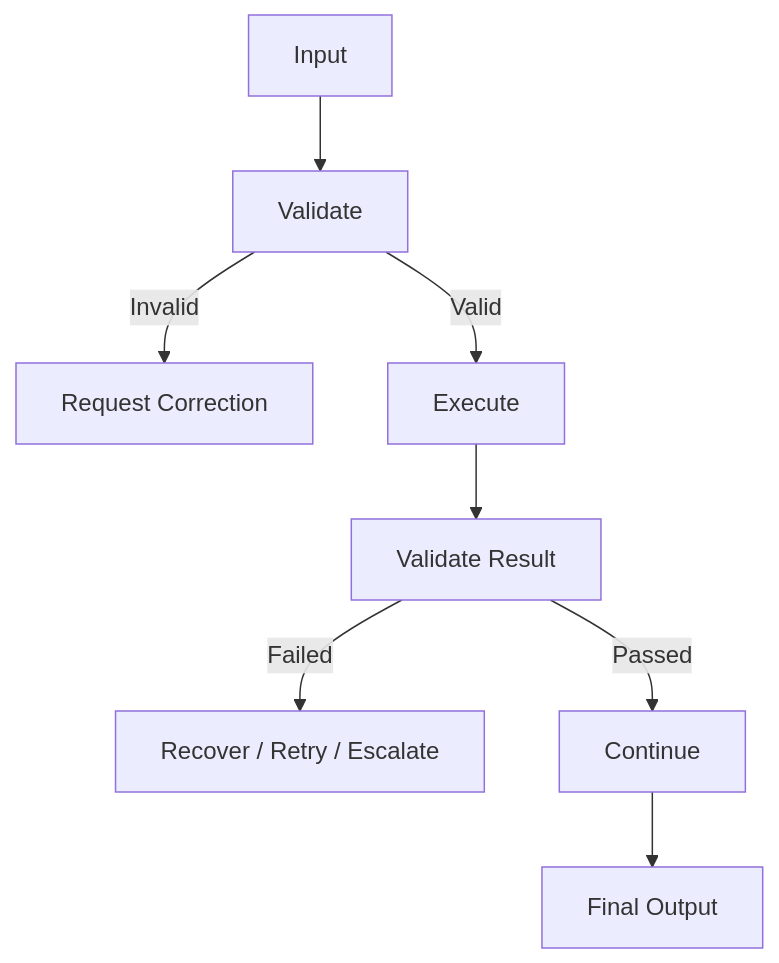
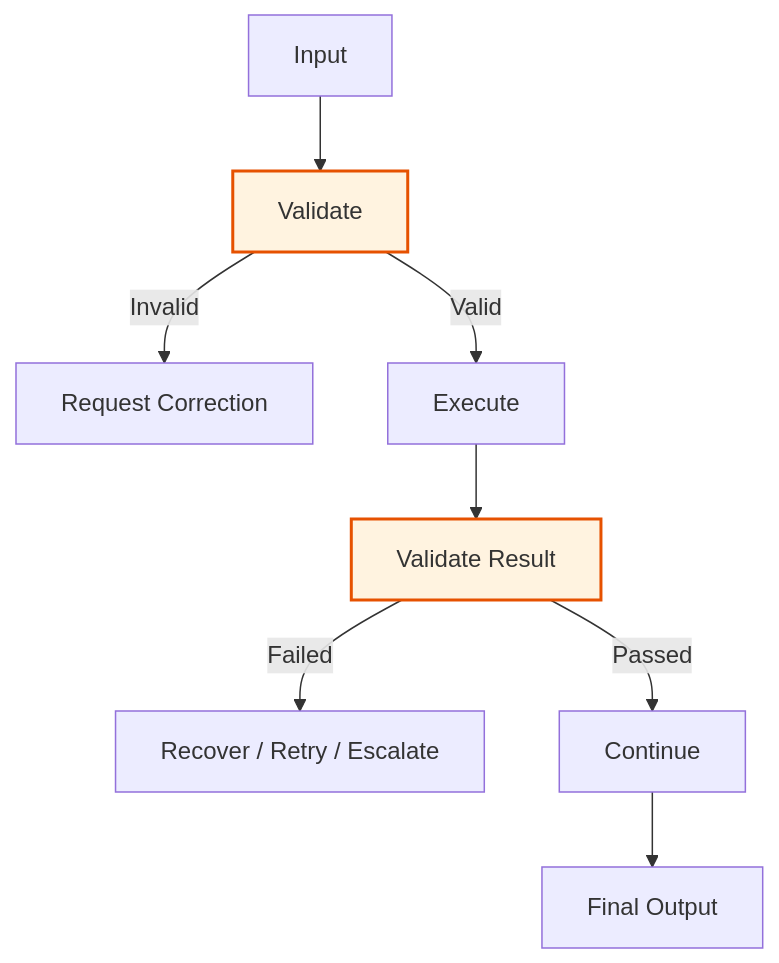
Diagram 18 of 20 in Lecture 23 - Claude Skills/notes/02-planning-design-and-technical-requirements.md (Amie-dev/FDE-and-GenAI-Mastery), drawn with Mermaid before and after one commit. The commit also changed other lines of this file and 6 other files, not shown here.

````diff
--- a/Lecture 23 - Claude Skills/notes/02-planning-design-and-technical-requirements.md
+++ b/Lecture 23 - Claude Skills/notes/02-planning-design-and-technical-requirements.md
@@ -873,10 +1243,13 @@
 ```mermaid
 flowchart TD
     A["Input"] --> B["Validate"]
     B -->|Invalid| C["Request Correction"]
     B -->|Valid| D["Execute"]
     D --> E["Validate Result"]
     E -->|Failed| F["Recover / Retry / Escalate"]
     E -->|Passed| G["Continue"]
     G --> H["Final Output"]
+
+    style B fill:#fff3e0,stroke:#e65100,stroke-width:2px
+    style E fill:#fff3e0,stroke:#e65100,stroke-width:2px
 ```
````
